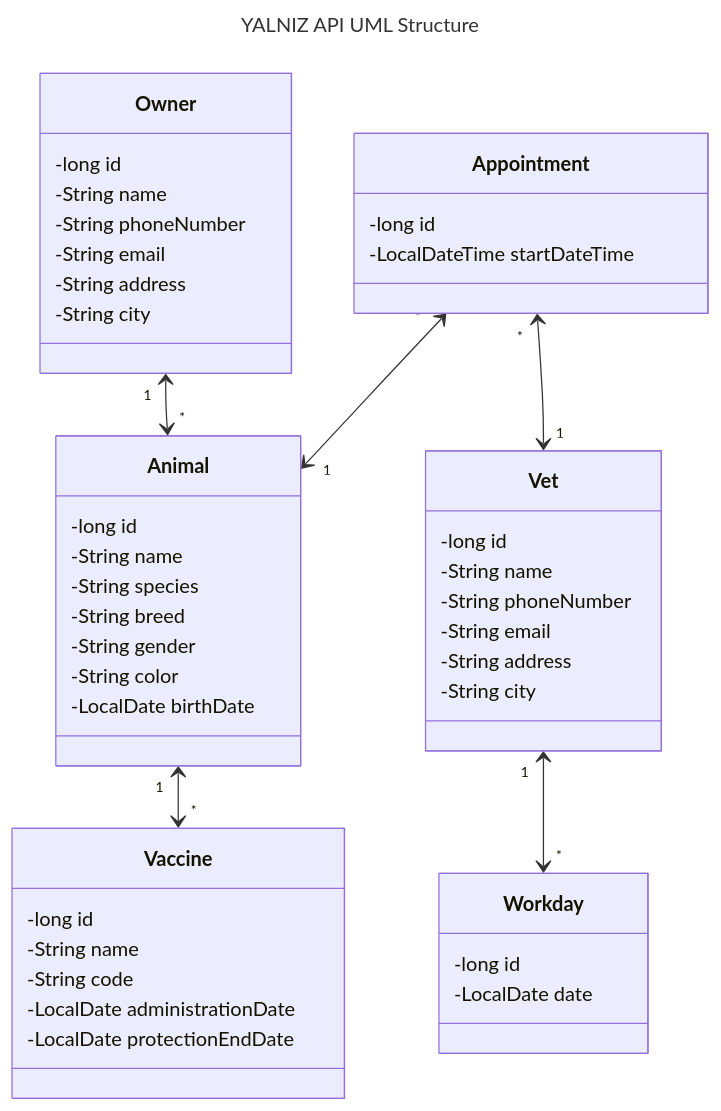
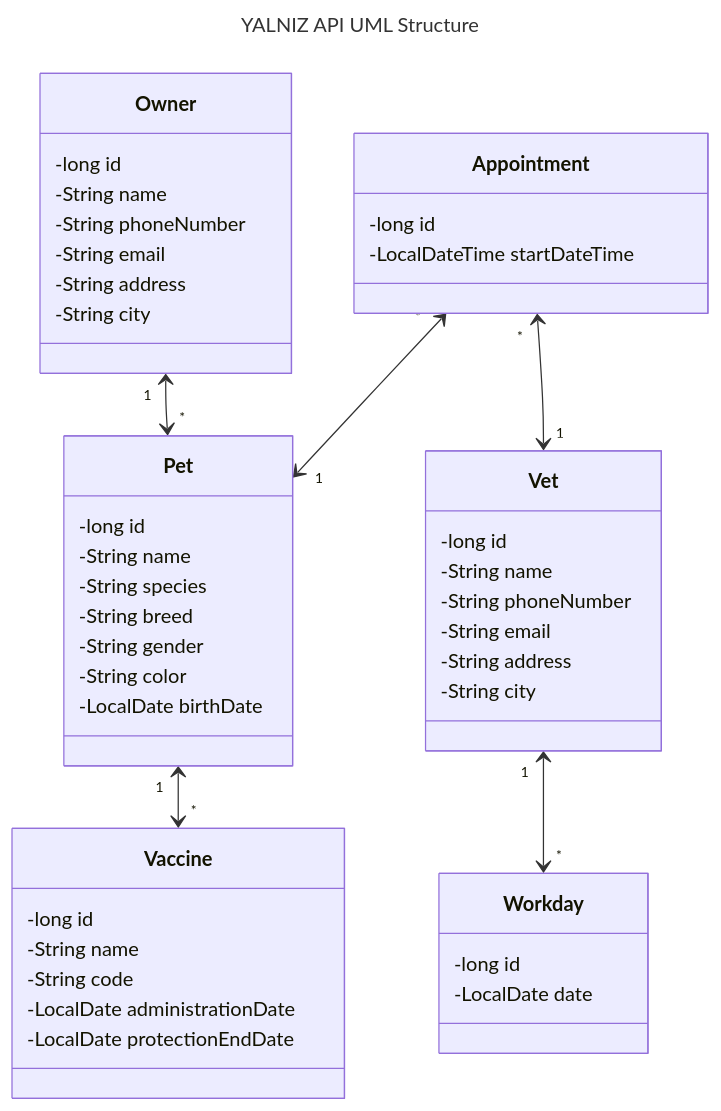
Before and after one commit to gokdenizozkan/yalniz-api: the diagram in README.md, drawn with Mermaid. The commit also changed other lines of this file and 28 other files, not shown here.

````diff
--- a/README.md
+++ b/README.md
@@ -94,58 +90,58 @@
 ```mermaid
 ---
 title: YALNIZ API UML Structure
 ---
 classDiagram
     direction TB
-    Owner "1" <--> "*" Animal
-    Animal "1" <--> "*" Vaccine
+    Owner "1" <--> "*" Pet
+    Pet "1" <--> "*" Vaccine
     Vet "1" <--> "*" Workday
     Appointment "*" <--> "1" Vet
-    Appointment "*" <--> "1" Animal
+    Appointment "*" <--> "1" Pet
 
-    class Animal {
+    class Pet {
         -long id
         -String name
         -String species
         -String breed
         -String gender
         -String color
         -LocalDate birthDate
     }
 
     class Owner {
         -long id
         -String name
         -String phoneNumber
         -String email
         -String address
         -String city
     }
 
     class Vaccine {
         -long id
         -String name
         -String code
         -LocalDate administrationDate
         -LocalDate protectionEndDate
     }
 
     class Vet {
         -long id
         -String name
         -String phoneNumber
         -String email
         -String address
         -String city
     }
 
     class Workday {
         -long id
         -LocalDate date
     }
 
     class Appointment {
         -long id
         -LocalDateTime startDateTime
     }
 ```
````
